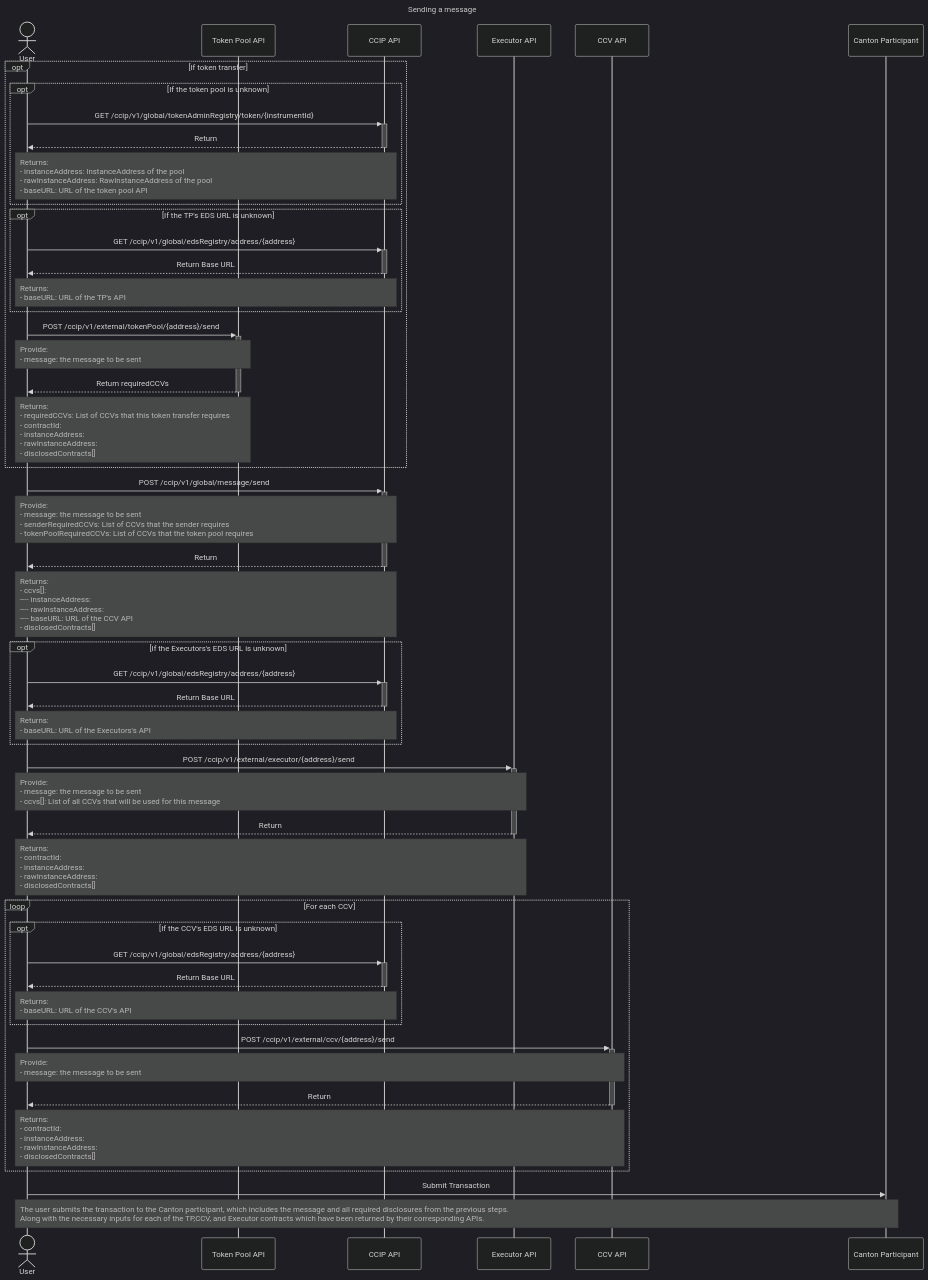
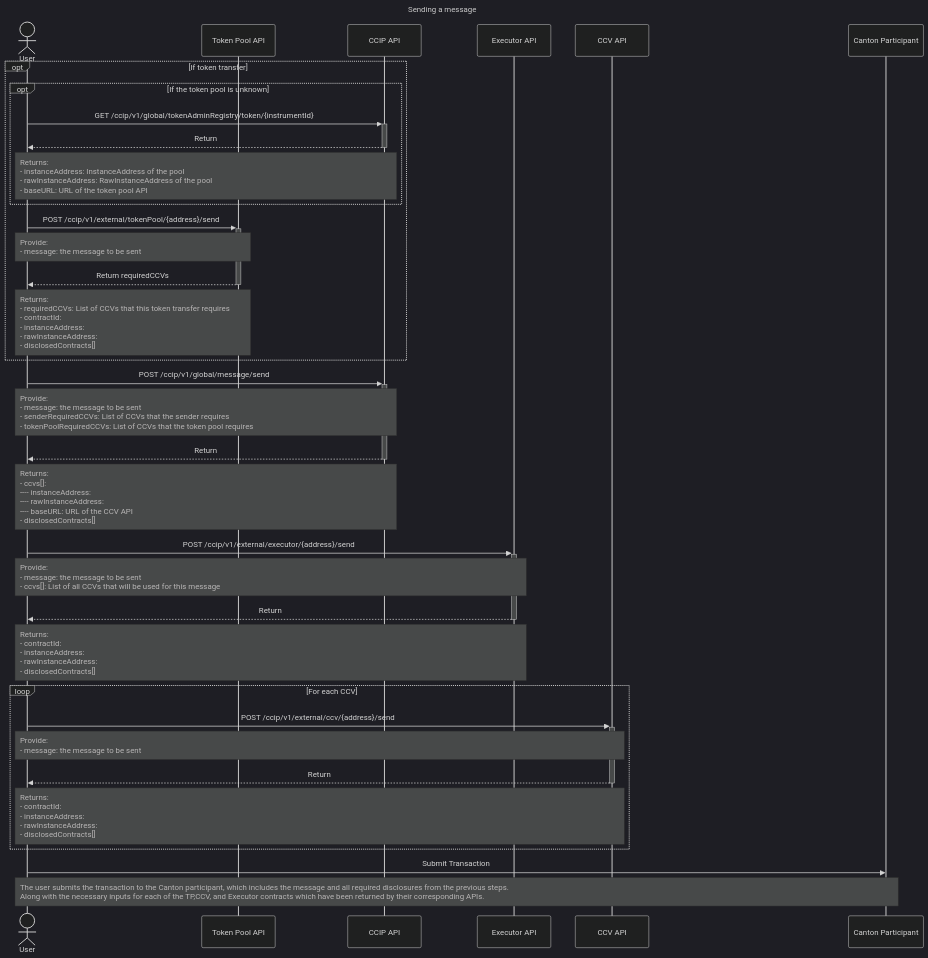
One commit to smartcontractkit/chainlink-canton changed the first of 2 diagrams in openapi/src/eds/README.md. Above: the diagram before and after it, drawn with Mermaid (dark theme). The commit also changed other lines of this file and 14 other files, not shown here.

````diff
--- a/openapi/src/eds/README.md
+++ b/openapi/src/eds/README.md
@@ -159,71 +150,53 @@
 ```mermaid
 ---
 title: Sending a message
 config:
     sequence:
         messageAlign: center
         noteAlign: left
         noteMargin: 10
     
 ---
 
 sequenceDiagram
     actor User
     participant TP as Token Pool API
     participant CCIP as CCIP API
     participant Executor as Executor API
     participant CCV as CCV API
     participant Canton as Canton Participant
 
     opt If token transfer
         opt If the token pool is unknown
             User ->>+ CCIP: GET /ccip/v1/global/tokenAdminRegistry/token/{instrumentId}
             CCIP -->>- User: Return
             note over User, CCIP: Returns: <br/> - instanceAddress: InstanceAddress of the pool <br/> - rawInstanceAddress: RawInstanceAddress of the pool <br/> - baseURL: URL of the token pool API
         end
 
-        opt If the TP's EDS URL is unknown
-            User ->>+ CCIP: GET /ccip/v1/global/edsRegistry/address/{address}
-            CCIP -->>- User: Return Base URL
-            note over User, CCIP: Returns: <br/> - baseURL: URL of the TP's API
-        end
-
         User ->>+ TP: POST /ccip/v1/external/tokenPool/{address}/send
         note over User, TP: Provide: <br/> - message: the message to be sent
         TP -->>- User: Return requiredCCVs
         note over User, TP: Returns: <br/> - requiredCCVs: List of CCVs that this token transfer requires <br/> - contractId: <br/> - instanceAddress: <br/> - rawInstanceAddress: <br/> - disclosedContracts[]
     end
 
     User ->>+ CCIP: POST /ccip/v1/global/message/send
     note over User, CCIP: Provide: <br/> - message: the message to be sent <br/> - senderRequiredCCVs: List of CCVs that the sender requires <br/> - tokenPoolRequiredCCVs: List of CCVs that the token pool requires
     CCIP -->>- User: Return
     note over User, CCIP: Returns: <br/> - ccvs[]: <br/> ---- instanceAddress: <br/> ---- rawInstanceAddress: <br/> ---- baseURL: URL of the CCV API <br/> - disclosedContracts[]
 
-    opt If the Executors's EDS URL is unknown
-        User ->>+ CCIP: GET /ccip/v1/global/edsRegistry/address/{address}
-        CCIP -->>- User: Return Base URL
-        note over User, CCIP: Returns: <br/> - baseURL: URL of the Executors's API
-    end
-
     User ->>+ Executor: POST /ccip/v1/external/executor/{address}/send
     note over User, Executor: Provide: <br/> - message: the message to be sent <br/> - ccvs[]: List of all CCVs that will be used for this message
     Executor -->>- User: Return
     note over User, Executor: Returns: <br/> - contractId: <br/> - instanceAddress: <br/> - rawInstanceAddress: <br/> - disclosedContracts[]
 
     loop For each CCV
-        opt If the CCV's EDS URL is unknown
-            User ->>+ CCIP: GET /ccip/v1/global/edsRegistry/address/{address}
-            CCIP -->>- User: Return Base URL
-            note over User, CCIP: Returns: <br/> - baseURL: URL of the CCV's API
-        end
-
         User ->>+ CCV: POST /ccip/v1/external/ccv/{address}/send
         note over User, CCV: Provide: <br/> - message: the message to be sent
         CCV -->>- User: Return
         note over User, CCV: Returns: <br/> - contractId: <br/> - instanceAddress: <br/> - rawInstanceAddress: <br/> - disclosedContracts[]
     end
 
     User ->> Canton: Submit Transaction
     note over User, Canton: The user submits the transaction to the Canton participant, which includes the message and all required disclosures from the previous steps. <br/> Along with the necessary inputs for each of the TP,CCV, and Executor contracts which have been returned by their corresponding APIs.
 
 ```
````
